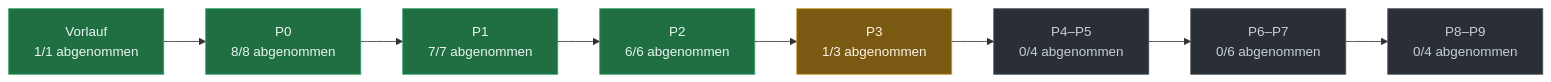
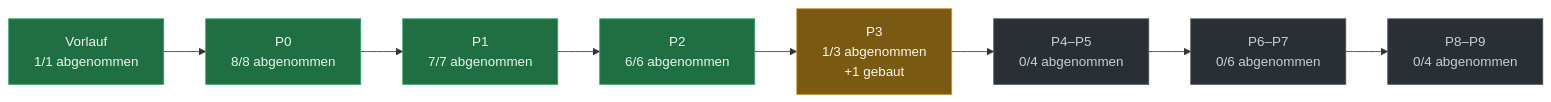
One commit to evenacadia-tech/Nakama changed the diagram in docs/PLAN-STAND.md. Above: the diagram before and after it, drawn with Mermaid. The commit also changed other lines of this file and 4 other files, not shown here.

````diff
--- a/docs/PLAN-STAND.md
+++ b/docs/PLAN-STAND.md
@@ -35,21 +38,21 @@
 ```mermaid
 flowchart LR
   P0["Vorlauf<br/>1/1 abgenommen"]:::fertig
   P1["P0<br/>8/8 abgenommen"]:::fertig
   P0 --> P1
   P2["P1<br/>7/7 abgenommen"]:::fertig
   P1 --> P2
   P3["P2<br/>6/6 abgenommen"]:::fertig
   P2 --> P3
-  P4["P3<br/>1/3 abgenommen"]:::laeuft
+  P4["P3<br/>1/3 abgenommen<br/>+1 gebaut"]:::laeuft
   P3 --> P4
   P5["P4–P5<br/>0/4 abgenommen"]:::offen
   P4 --> P5
   P6["P6–P7<br/>0/6 abgenommen"]:::offen
   P5 --> P6
   P7["P8–P9<br/>0/4 abgenommen"]:::offen
   P6 --> P7
   classDef fertig fill:#1f6f43,stroke:#2ea36a,color:#eaf6ef
   classDef laeuft fill:#7a5a12,stroke:#c99a2e,color:#fdf6e6
   classDef offen  fill:#2a2f36,stroke:#4a525c,color:#c7ced8
 ```
````
